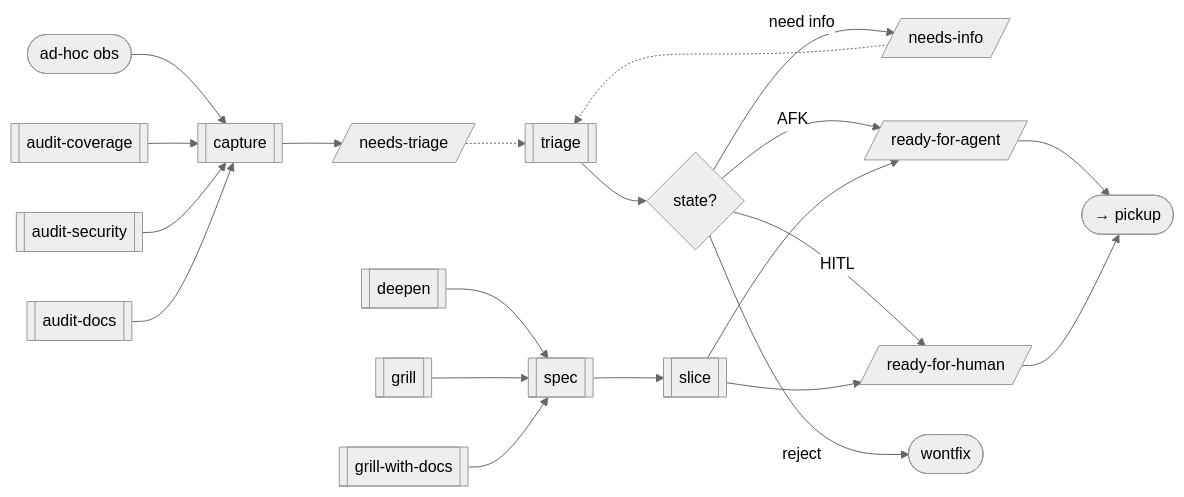
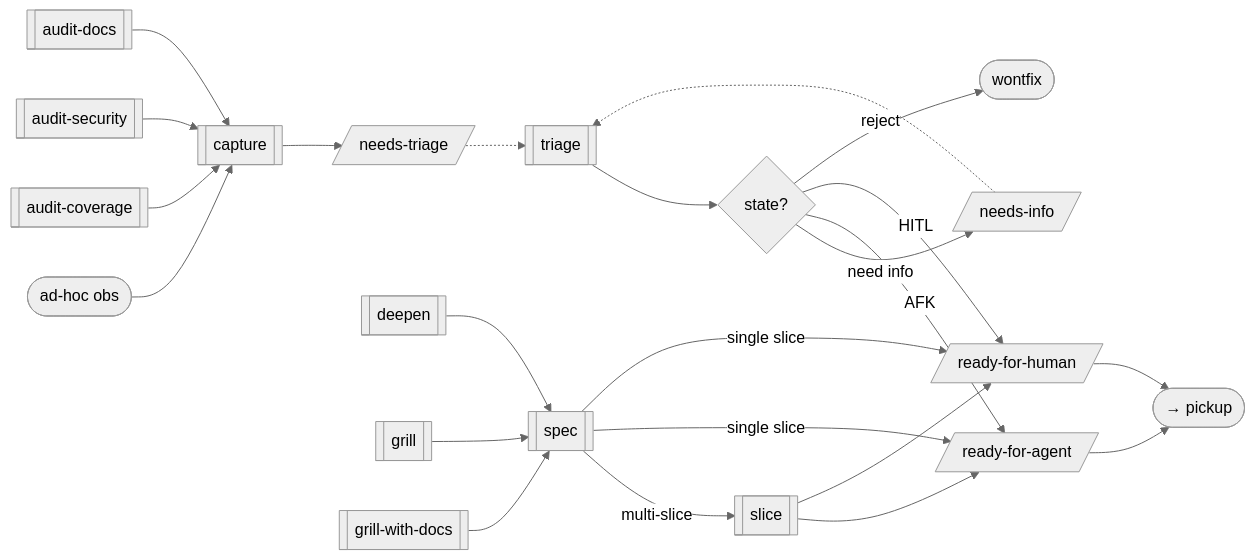
Before and after one commit to krixon/skills: the first of 2 diagrams in skills/WORKFLOWS.md, drawn with Mermaid (neutral theme). The commit also changed other lines of this file and 1 other file, not shown here.

Commit message:
feat(spec): size output to the change — lean brief or full PRD
`spec` always emitted the full PRD template and always applied
`ready-for-agent`, so a single-slice change that needs human judgement
still shipped as AFK-grabbable, and the handover always pointed at
`slice`.

Assess decomposability up front and branch. A single slice emits the
shared agent brief verbatim (no Parent/Blocked-by wrapper, no seam
check), labelled `ready-for-agent`/`ready-for-human` per the AFK/HITL
judgement, and hands to `pickup`. Multiple slices keep the full PRD and
the seam check; the PRD parent carries the category label only — `slice`
produces the actionable children. `auto` stages both shapes.

Update WORKFLOWS.md to show the dual exit (the diagram, the design-chain
prose, and the workflow table).

````diff
--- a/skills/WORKFLOWS.md
+++ b/skills/WORKFLOWS.md
@@ -11,25 +11,27 @@
 ```mermaid
 flowchart LR
     obs([ad-hoc obs]) --> capture[[capture]]
     auditcoverage[[audit-coverage]] --> capture
     auditsecurity[[audit-security]] --> capture
     auditdocs[[audit-docs]] --> capture
     capture --> nt[/needs-triage/]
     nt -.-> triage[[triage]]
     triage --> d{state?}
     d -->|need info| ni[/needs-info/]
     ni -.-> triage
     d -->|AFK| rfa[/ready-for-agent/]
     d -->|HITL| rfh[/ready-for-human/]
     d -->|reject| wf([wontfix])
 
     deepen[[deepen]] --> spec[[spec]]
     grill[[grill]] --> spec
     gwd[[grill-with-docs]] --> spec
-    spec --> slice[[slice]]
+    spec -->|multi-slice| slice[[slice]]
+    spec -->|single slice| rfa
+    spec -->|single slice| rfh
     slice --> rfa
     slice --> rfh
 
     rfa --> pu([→ pickup])
     rfh --> pu
 ```
````
